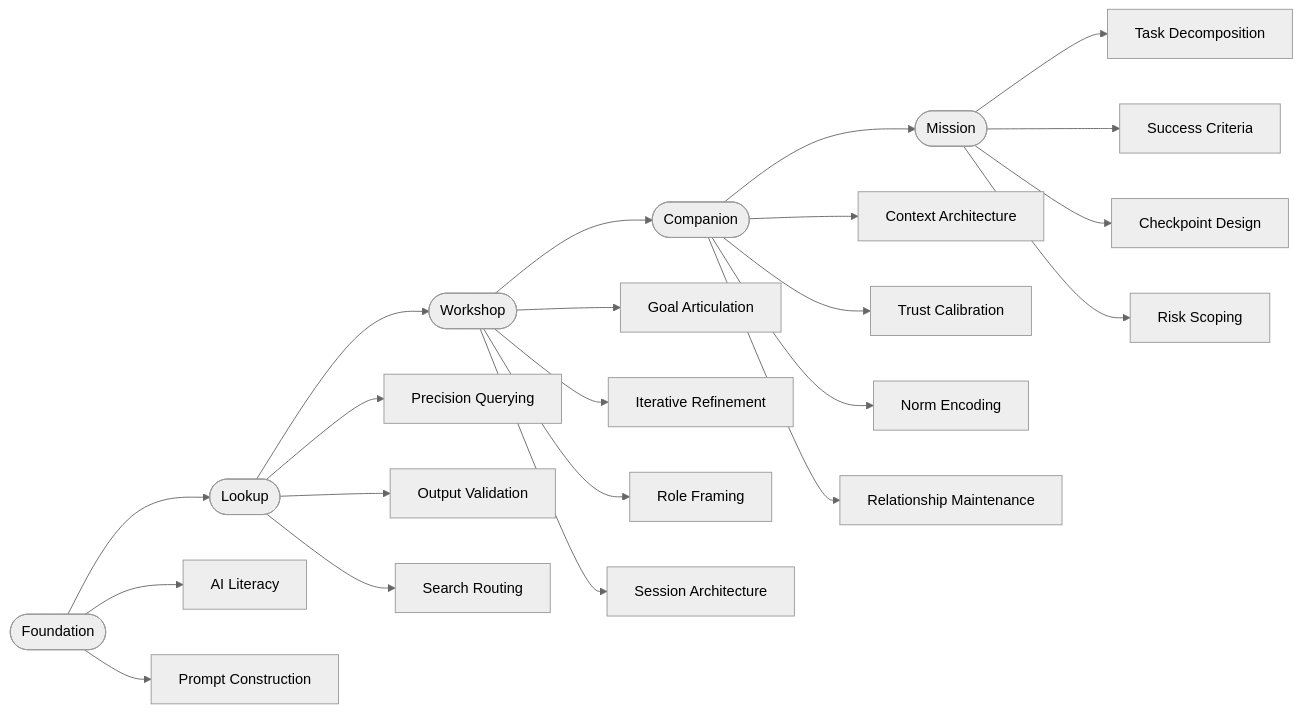
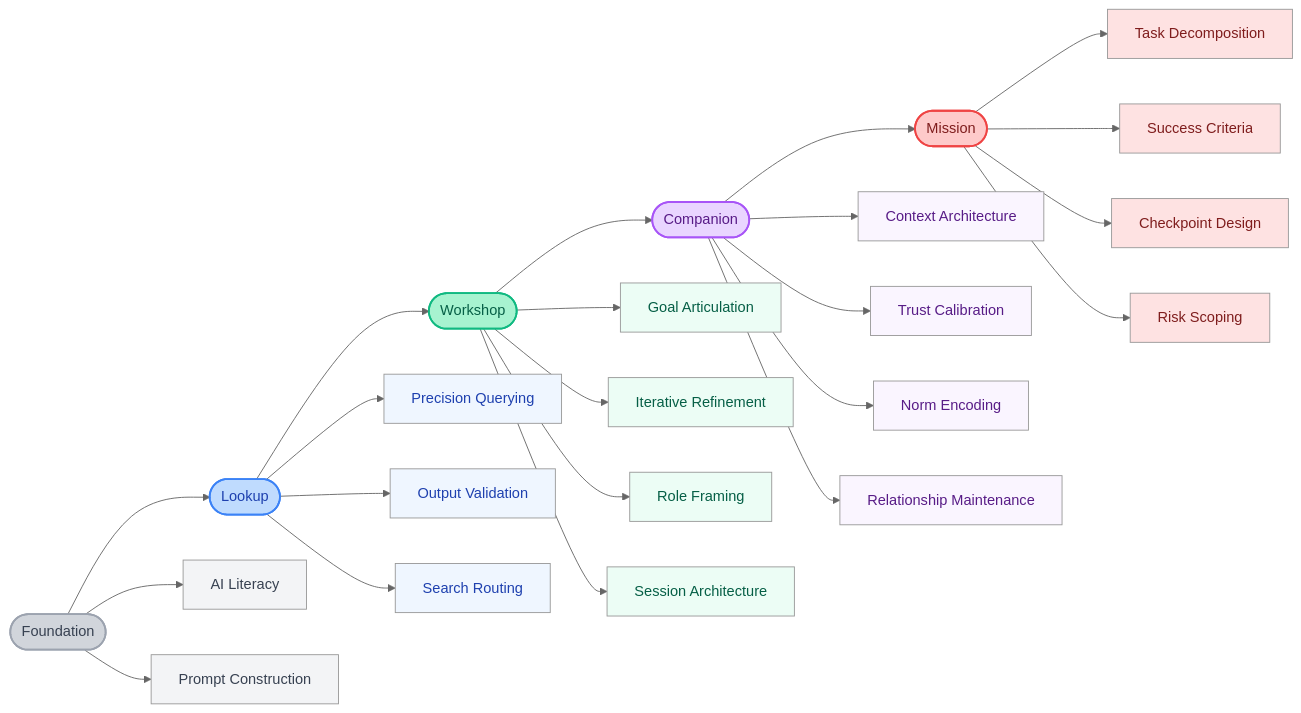
Before and after one commit to heichblatt/heichblatt.github.io: the diagram in content/posts/ai-collaboration-skill-tree.md, drawn with Mermaid (neutral theme).

Commit message:
Add pastel colors: modes saturated, skills lighter
Each mode gets a distinct pastel color; skills use the same hue but
much lighter for visual grouping. Thicker strokes on mode nodes
emphasize the spine.

https://claude.ai/code/session_01EQh36T6ADDpiw64icHBoJM

````diff
--- a/content/posts/ai-collaboration-skill-tree.md
+++ b/content/posts/ai-collaboration-skill-tree.md
@@ -17,10 +17,22 @@
 ```mermaid
 graph LR
-    F_MODE(["Foundation"]) --> L_MODE(["Lookup"]) --> W_MODE(["Workshop"]) --> C_MODE(["Companion"]) --> M_MODE(["Mission"])
+    F_MODE(["Foundation"]):::foundation_mode --> L_MODE(["Lookup"]):::lookup_mode --> W_MODE(["Workshop"]):::workshop_mode --> C_MODE(["Companion"]):::companion_mode --> M_MODE(["Mission"]):::mission_mode
 
-    F_MODE --> F1[AI Literacy] & F2[Prompt Construction]
-    L_MODE --> L1[Precision Querying] & L2[Output Validation] & L3[Search Routing]
-    W_MODE --> W1[Goal Articulation] & W2[Iterative Refinement] & W3[Role Framing] & W4[Session Architecture]
-    C_MODE --> C1[Context Architecture] & C2[Trust Calibration] & C3[Norm Encoding] & C4[Relationship Maintenance]
-    M_MODE --> M1[Task Decomposition] & M2[Success Criteria] & M3[Checkpoint Design] & M4[Risk Scoping]
+    F_MODE --> F1[AI Literacy]:::foundation_skill & F2[Prompt Construction]:::foundation_skill
+    L_MODE --> L1[Precision Querying]:::lookup_skill & L2[Output Validation]:::lookup_skill & L3[Search Routing]:::lookup_skill
+    W_MODE --> W1[Goal Articulation]:::workshop_skill & W2[Iterative Refinement]:::workshop_skill & W3[Role Framing]:::workshop_skill & W4[Session Architecture]:::workshop_skill
+    C_MODE --> C1[Context Architecture]:::companion_skill & C2[Trust Calibration]:::companion_skill & C3[Norm Encoding]:::companion_skill & C4[Relationship Maintenance]:::companion_skill
+    M_MODE --> M1[Task Decomposition]:::mission_skill & M2[Success Criteria]:::mission_skill & M3[Checkpoint Design]:::mission_skill & M4[Risk Scoping]:::mission_skill
+
+    classDef foundation_mode fill:#d1d5db,color:#374151,stroke:#9ca3af,stroke-width:2px
+    classDef lookup_mode fill:#bfdbfe,color:#1e40af,stroke:#3b82f6,stroke-width:2px
+    classDef workshop_mode fill:#a7f3d0,color:#065f46,stroke:#10b981,stroke-width:2px
+    classDef companion_mode fill:#e9d5ff,color:#581c87,stroke:#a855f7,stroke-width:2px
+    classDef mission_mode fill:#fecaca,color:#7f1d1d,stroke:#ef4444,stroke-width:2px
+
+    classDef foundation_skill fill:#f3f4f6,color:#374151
+    classDef lookup_skill fill:#eff6ff,color:#1e40af
+    classDef workshop_skill fill:#ecfdf5,color:#065f46
+    classDef companion_skill fill:#faf5ff,color:#581c87
+    classDef mission_skill fill:#fee2e2,color:#7f1d1d
 ```
````
